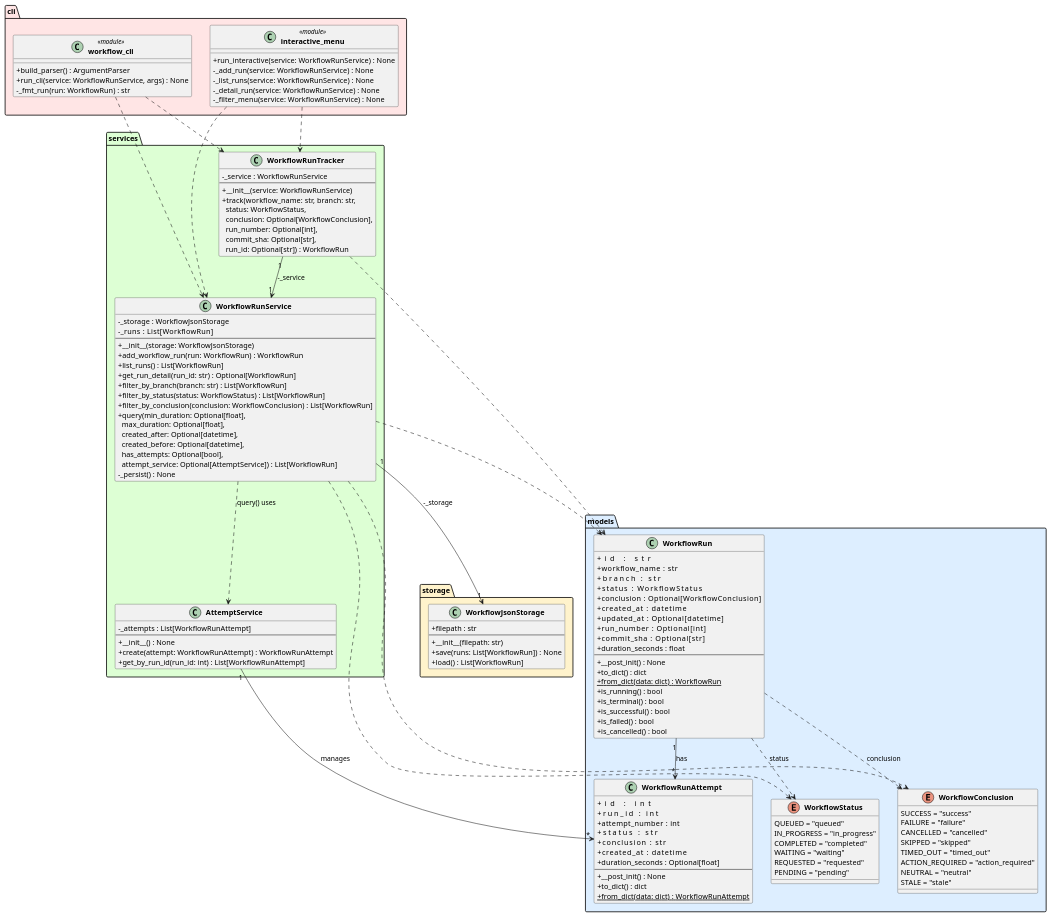
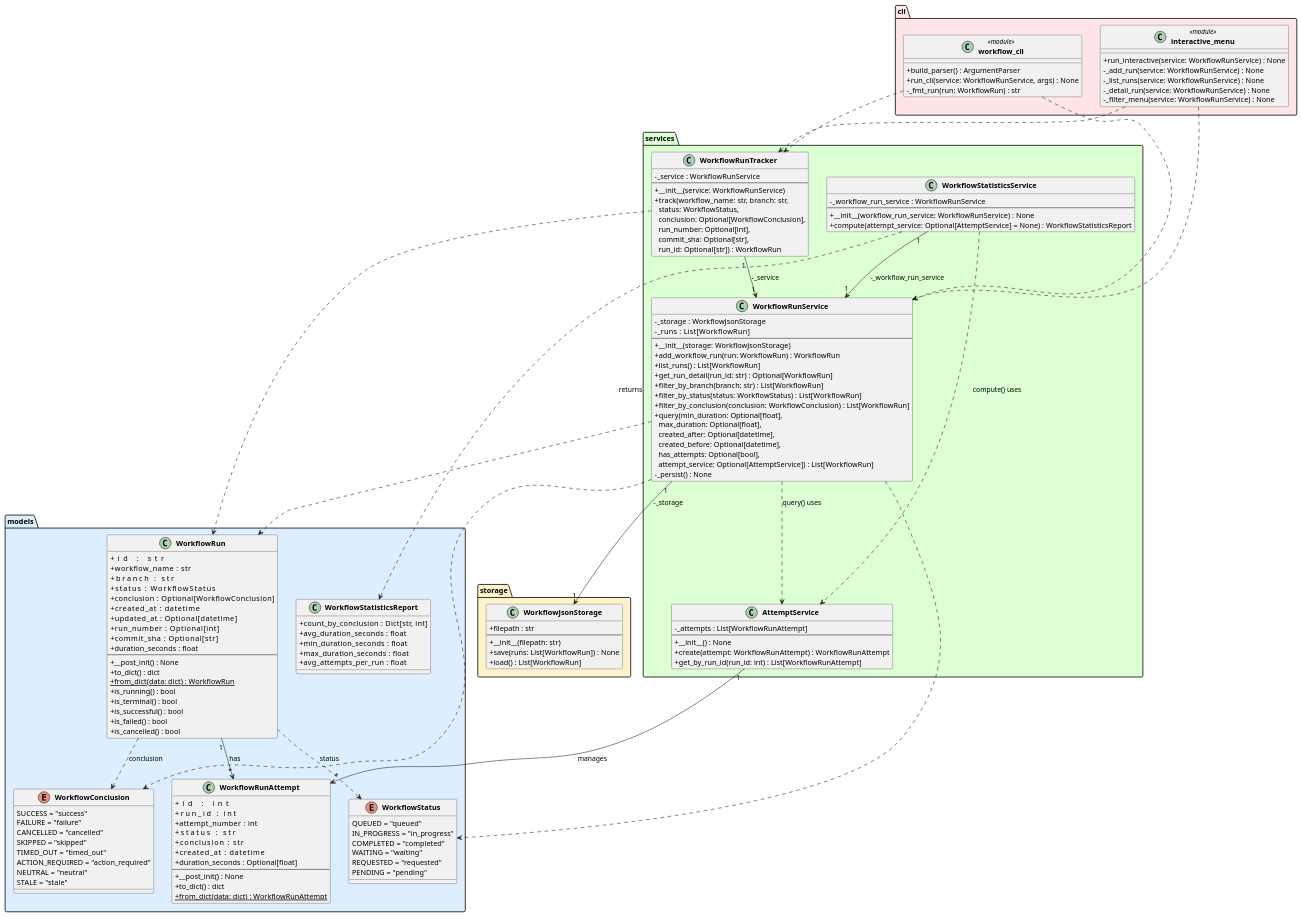
One commit to DanielRiha8906/Software_autoevolution_using_agents changed the diagram in experiments/pipeline/test_driven/github-workflow-manager/artifacts/class_diagram.puml. Above: the diagram before and after it, drawn with PlantUML. The commit also changed 8 other files, not shown here.

```diff
--- a/experiments/pipeline/test_driven/github-workflow-manager/artifacts/class_diagram.puml
+++ b/experiments/pipeline/test_driven/github-workflow-manager/artifacts/class_diagram.puml
@@ -1,138 +1,156 @@
 @startuml class_diagram
 
 skinparam classAttributeIconSize 0
 skinparam classFontStyle bold
 
 package "models" #DDEEFF {
     enum WorkflowStatus {
         QUEUED = "queued"
         IN_PROGRESS = "in_progress"
         COMPLETED = "completed"
         WAITING = "waiting"
         REQUESTED = "requested"
         PENDING = "pending"
     }
 
     enum WorkflowConclusion {
         SUCCESS = "success"
         FAILURE = "failure"
         CANCELLED = "cancelled"
         SKIPPED = "skipped"
         TIMED_OUT = "timed_out"
         ACTION_REQUIRED = "action_required"
         NEUTRAL = "neutral"
         STALE = "stale"
     }
 
     class WorkflowRun {
         +id                : str
         +workflow_name     : str
         +branch            : str
         +status            : WorkflowStatus
         +conclusion        : Optional[WorkflowConclusion]
         +created_at        : datetime
         +updated_at        : Optional[datetime]
         +run_number        : Optional[int]
         +commit_sha        : Optional[str]
         +duration_seconds  : float
         --
         +__post_init() : None
         +to_dict() : dict
         +{static} from_dict(data: dict) : WorkflowRun
         +is_running() : bool
         +is_terminal() : bool
         +is_successful() : bool
         +is_failed() : bool
         +is_cancelled() : bool
     }
 
     class WorkflowRunAttempt {
         +id                : int
         +run_id            : int
         +attempt_number    : int
         +status            : str
         +conclusion        : str
         +created_at        : datetime
         +duration_seconds  : Optional[float]
         --
         +__post_init() : None
         +to_dict() : dict
         +{static} from_dict(data: dict) : WorkflowRunAttempt
     }
+
+    class WorkflowStatisticsReport {
+        +count_by_conclusion     : Dict[str, int]
+        +avg_duration_seconds    : float
+        +min_duration_seconds    : float
+        +max_duration_seconds    : float
+        +avg_attempts_per_run    : float
+    }
 }
 
 package "storage" #FFF3CC {
     class WorkflowJsonStorage {
         +filepath : str
         --
         +__init__(filepath: str)
         +save(runs: List[WorkflowRun]) : None
         +load() : List[WorkflowRun]
     }
 }
 
 package "services" #DDFFD4 {
     class WorkflowRunService {
         -_storage : WorkflowJsonStorage
         -_runs    : List[WorkflowRun]
         --
         +__init__(storage: WorkflowJsonStorage)
         +add_workflow_run(run: WorkflowRun) : WorkflowRun
         +list_runs() : List[WorkflowRun]
         +get_run_detail(run_id: str) : Optional[WorkflowRun]
         +filter_by_branch(branch: str) : List[WorkflowRun]
         +filter_by_status(status: WorkflowStatus) : List[WorkflowRun]
         +filter_by_conclusion(conclusion: WorkflowConclusion) : List[WorkflowRun]
         +query(min_duration: Optional[float],\n  max_duration: Optional[float],\n  created_after: Optional[datetime],\n  created_before: Optional[datetime],\n  has_attempts: Optional[bool],\n  attempt_service: Optional[AttemptService]) : List[WorkflowRun]
         -_persist() : None
     }
 
     class WorkflowRunTracker {
         -_service : WorkflowRunService
         --
         +__init__(service: WorkflowRunService)
         +track(workflow_name: str, branch: str,\n  status: WorkflowStatus,\n  conclusion: Optional[WorkflowConclusion],\n  run_number: Optional[int],\n  commit_sha: Optional[str],\n  run_id: Optional[str]) : WorkflowRun
     }
 
     class AttemptService {
         -_attempts : List[WorkflowRunAttempt]
         --
         +__init__() : None
         +create(attempt: WorkflowRunAttempt) : WorkflowRunAttempt
         +get_by_run_id(run_id: int) : List[WorkflowRunAttempt]
     }
+
+    class WorkflowStatisticsService {
+        -_workflow_run_service : WorkflowRunService
+        --
+        +__init__(workflow_run_service: WorkflowRunService) : None
+        +compute(attempt_service: Optional[AttemptService] = None) : WorkflowStatisticsReport
+    }
 }
 
 package "cli" #FFE5E5 {
     class "workflow_cli" <<module>> {
         +build_parser() : ArgumentParser
         +run_cli(service: WorkflowRunService, args) : None
         -_fmt_run(run: WorkflowRun) : str
     }
 
     class "interactive_menu" <<module>> {
         +run_interactive(service: WorkflowRunService) : None
         -_add_run(service: WorkflowRunService) : None
         -_list_runs(service: WorkflowRunService) : None
         -_detail_run(service: WorkflowRunService) : None
         -_filter_menu(service: WorkflowRunService) : None
     }
 }
 
 WorkflowRun             "1" --> "*" WorkflowRunAttempt : has
 WorkflowRun                ..>  WorkflowStatus        : status
 WorkflowRun                ..>  WorkflowConclusion    : conclusion
 WorkflowRunService    "1" --> "1" WorkflowJsonStorage : -_storage
 WorkflowRunService         ..>  WorkflowRun
 WorkflowRunService         ..>  WorkflowStatus
 WorkflowRunService         ..>  WorkflowConclusion
 WorkflowRunService         ..>  AttemptService : query() uses
 WorkflowRunTracker    "1" --> "1" WorkflowRunService  : -_service
 WorkflowRunTracker         ..>  WorkflowRun
 AttemptService       "1" --> "*" WorkflowRunAttempt : manages
+WorkflowStatisticsService "1" --> "1" WorkflowRunService : -_workflow_run_service
+WorkflowStatisticsService      ..>  AttemptService : compute() uses
+WorkflowStatisticsService      ..>  WorkflowStatisticsReport : returns
 "workflow_cli"             ..>  WorkflowRunService
 "workflow_cli"             ..>  WorkflowRunTracker
 "interactive_menu"         ..>  WorkflowRunService
 "interactive_menu"         ..>  WorkflowRunTracker
 
 @enduml
```
